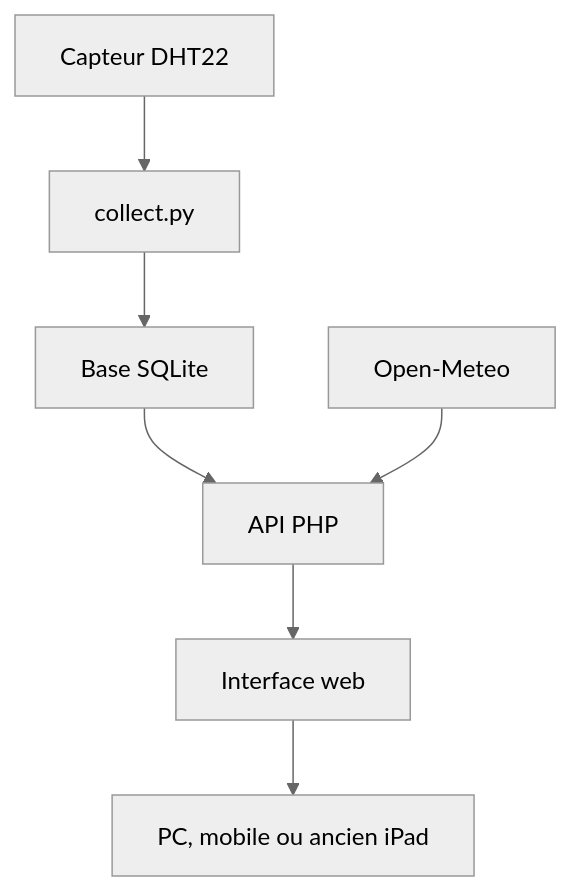
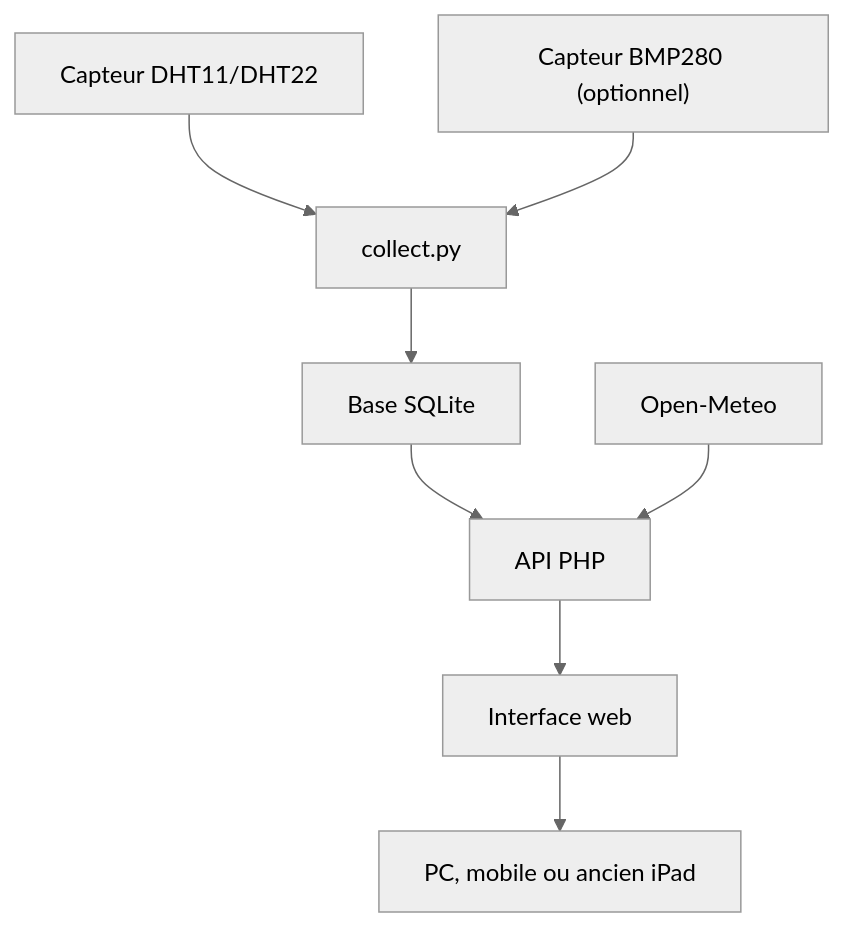
Before and after one commit to jpparein/raspberry-pi-station-meteo: the diagram in README.md, drawn with Mermaid (neutral theme). The commit also changed other lines of this file, not shown here.

Commit message:
README: rewrite complet - schema mermaid, compatibilite RPi, DHT11/DHT22/BMP280, depannage I2C

````diff
--- a/README.md
+++ b/README.md
@@ -58,9 +65,10 @@
 ```mermaid
 flowchart TD
-    A["Capteur DHT22"] --> B["collect.py"]
+    A["Capteur DHT11/DHT22"] --> B["collect.py"]
+    F["Capteur BMP280 (optionnel)"] --> B
     B --> C["Base SQLite"]
     C --> D["API PHP"]
     E["Open-Meteo"] --> D
-    D --> F["Interface web"]
-    F --> G["PC, mobile ou ancien iPad"]
+    D --> G["Interface web"]
+    G --> H["PC, mobile ou ancien iPad"]
 ```
````
